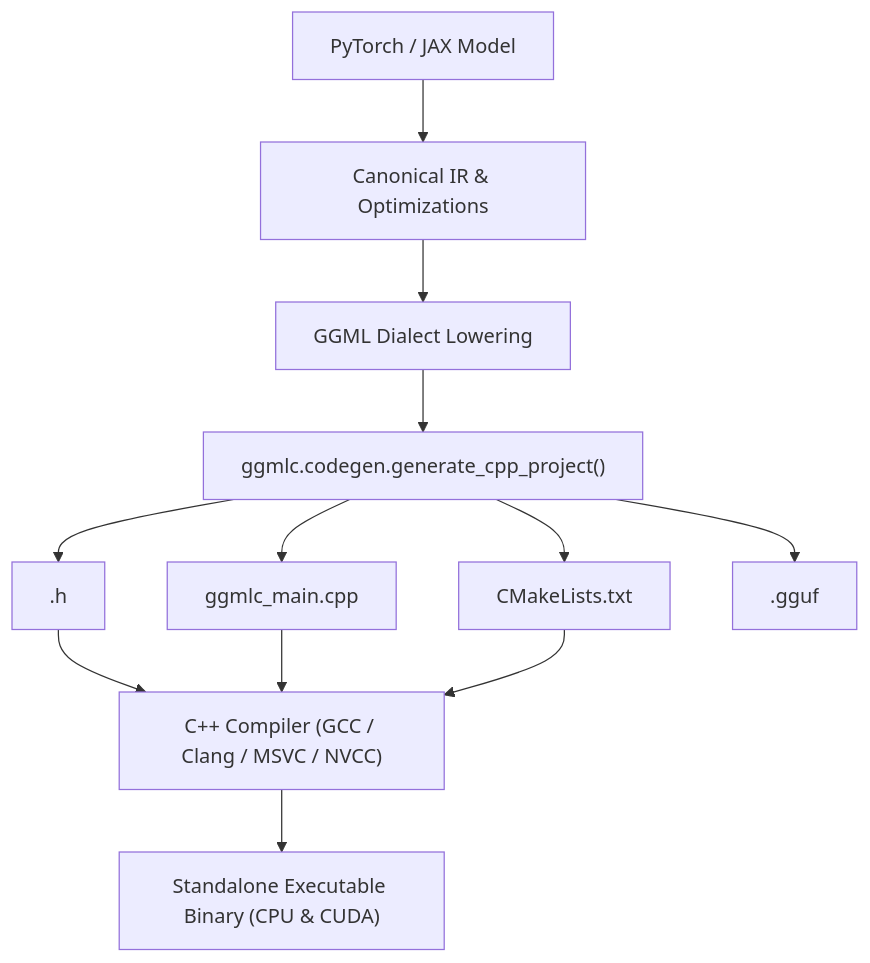
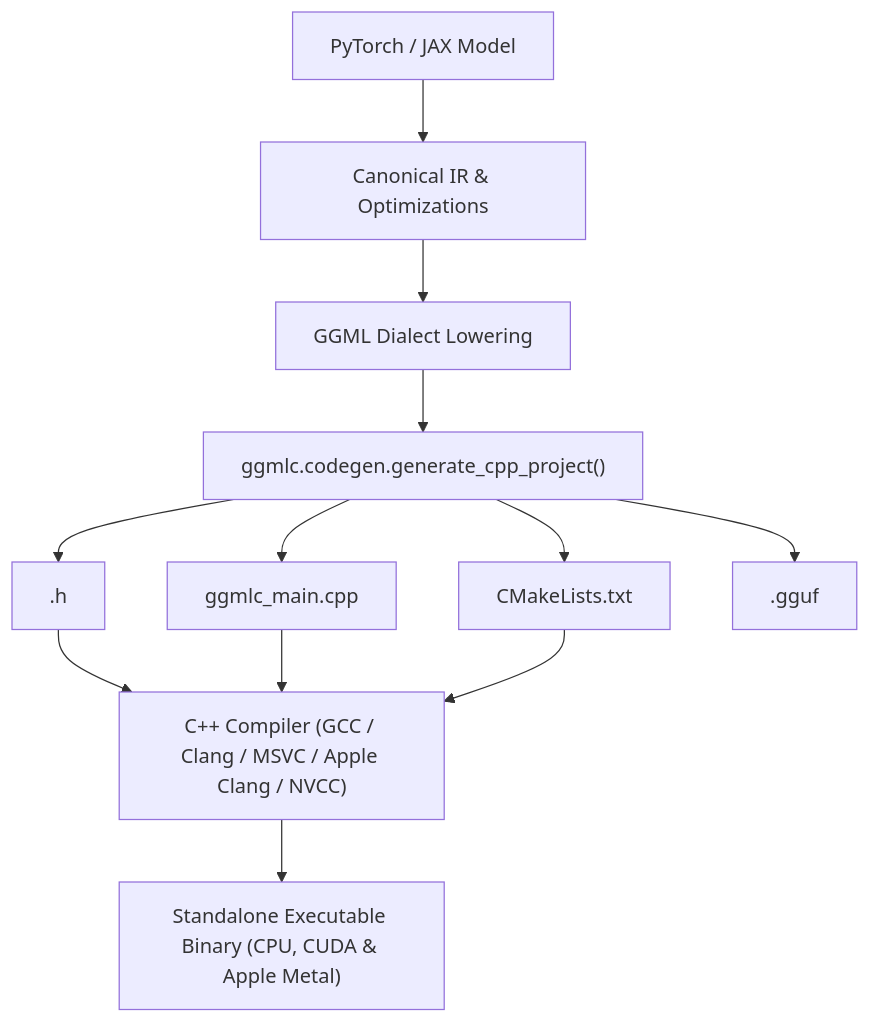
Before and after one commit to monatis/ggmlc: the diagram in docs/codegen/cpp_codegen.md, drawn with Mermaid. The commit also changed other lines of this file and 15 other files, not shown here.

````diff
--- a/docs/codegen/cpp_codegen.md
+++ b/docs/codegen/cpp_codegen.md
@@ -24,14 +24,14 @@
 ```mermaid
 flowchart TD
     Frontend["PyTorch / JAX Model"] --> IR["Canonical IR & Optimizations"]
     IR --> GGMLDialect["GGML Dialect Lowering"]
     GGMLDialect --> CodeGen["ggmlc.codegen.generate_cpp_project()"]
     CodeGen --> HFile["<ModelName>.h"]
     CodeGen --> MainCpp["ggmlc_main.cpp"]
     CodeGen --> CMake["CMakeLists.txt"]
     CodeGen --> GGUF["<model_name>.gguf"]
-    HFile --> CppCompiler["C++ Compiler (GCC / Clang / MSVC / NVCC)"]
+    HFile --> CppCompiler["C++ Compiler (GCC / Clang / MSVC / Apple Clang / NVCC)"]
     MainCpp --> CppCompiler
     CMake --> CppCompiler
-    CppCompiler --> NativeBin["Standalone Executable Binary (CPU & CUDA)"]
+    CppCompiler --> NativeBin["Standalone Executable Binary (CPU, CUDA & Apple Metal)"]
 ```
````
